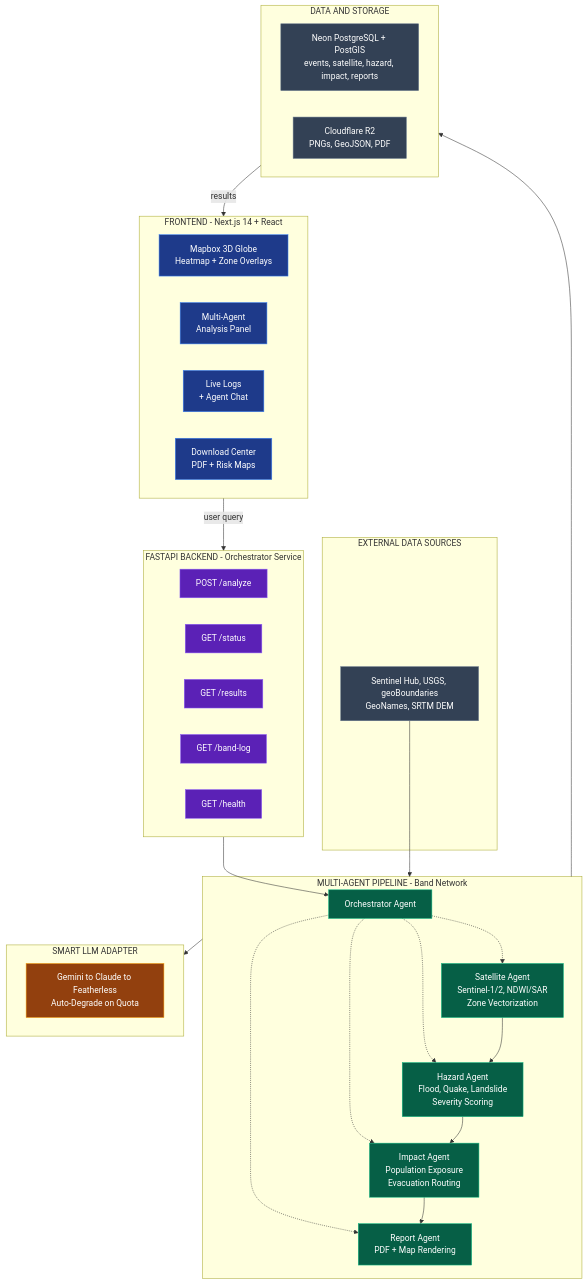
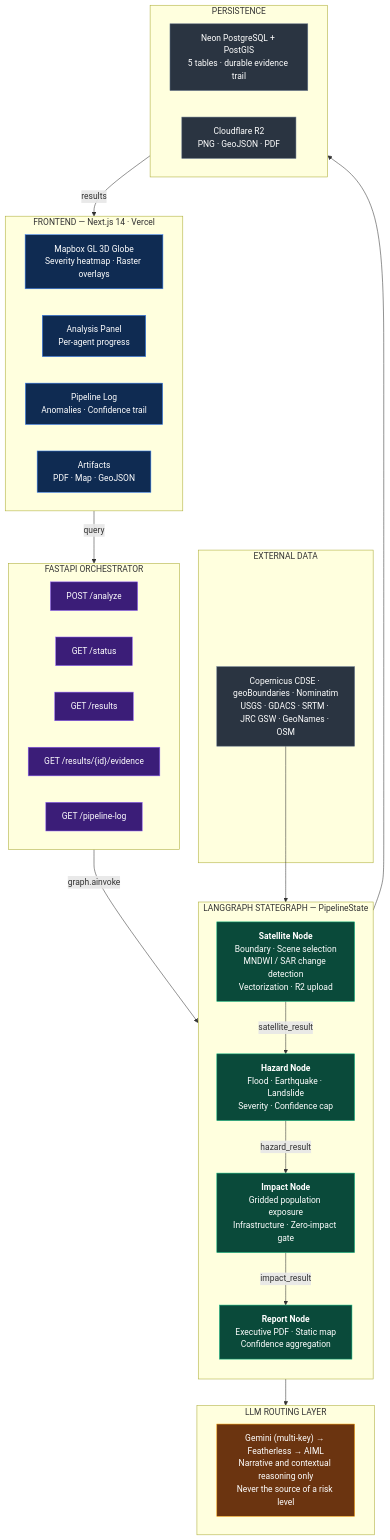
Before and after one commit to kodeezabdullah/hazardmind-ai: the diagram in README.md, drawn with Mermaid. The commit also changed other lines of this file, not shown here.

````diff
--- a/README.md
+++ b/README.md
@@ -69,65 +143,61 @@
 ```mermaid
 flowchart TB
-    subgraph CLIENT["FRONTEND - Next.js 14 + React"]
+    subgraph CLIENT["FRONTEND — Next.js 14 · Vercel"]
         direction LR
-        Globe["Mapbox 3D Globe<br/>Heatmap + Zone Overlays"]
-        Panel["Multi-Agent<br/>Analysis Panel"]
-        Logs["Live Logs<br/>+ Agent Chat"]
-        DL["Download Center<br/>PDF + Risk Maps"]
+        Globe["Mapbox GL 3D Globe<br/>Severity heatmap · Raster overlays"]
+        Panel["Analysis Panel<br/>Per-agent progress"]
+        Logs["Pipeline Log<br/>Anomalies · Confidence trail"]
+        DL["Artifacts<br/>PDF · Map · GeoJSON"]
     end
 
-    subgraph API["FASTAPI BACKEND - Orchestrator Service"]
+    subgraph API["FASTAPI ORCHESTRATOR"]
         direction LR
         E1["POST /analyze"]
         E2["GET /status"]
         E3["GET /results"]
-        E4["GET /band-log"]
-        E5["GET /health"]
+        E4["GET /results/{id}/evidence"]
+        E5["GET /pipeline-log"]
     end
 
-    subgraph AGENTS["MULTI-AGENT PIPELINE - Band Network"]
-        ORCH["Orchestrator Agent"]
-        SAT["Satellite Agent<br/>Sentinel-1/2, NDWI/SAR<br/>Zone Vectorization"]
-        HAZ["Hazard Agent<br/>Flood, Quake, Landslide<br/>Severity Scoring"]
-        IMP["Impact Agent<br/>Population Exposure<br/>Evacuation Routing"]
-        REP["Report Agent<br/>PDF + Map Rendering"]
-        ORCH -.-> SAT
-        ORCH -.-> HAZ
-        ORCH -.-> IMP
-        ORCH -.-> REP
-        SAT --> HAZ
-        HAZ --> IMP
-        IMP --> REP
+    subgraph GRAPH["LANGGRAPH STATEGRAPH — PipelineState"]
+        direction TB
+        SAT["<b>Satellite Node</b><br/>Boundary · Scene selection<br/>MNDWI / SAR change detection<br/>Vectorization · R2 upload"]
+        HAZ["<b>Hazard Node</b><br/>Flood · Earthquake · Landslide<br/>Severity · Confidence cap"]
+        IMP["<b>Impact Node</b><br/>Gridded population exposure<br/>Infrastructure · Zero-impact gate"]
+        REP["<b>Report Node</b><br/>Executive PDF · Static map<br/>Confidence aggregation"]
+        SAT -->|satellite_result| HAZ
+        HAZ -->|hazard_result| IMP
+        IMP -->|impact_result| REP
     end
 
-    subgraph LLM["SMART LLM ADAPTER"]
-        FALL["Gemini to Claude to Featherless<br/>Auto-Degrade on Quota"]
+    subgraph LLM["LLM ROUTING LAYER"]
+        FALL["Gemini (multi-key) → Featherless → AIML<br/>Narrative and contextual reasoning only<br/>Never the source of a risk level"]
     end
 
-    subgraph DATA["DATA AND STORAGE"]
-        DB["Neon PostgreSQL + PostGIS<br/>events, satellite, hazard, impact, reports"]
-        R2["Cloudflare R2<br/>PNGs, GeoJSON, PDF"]
+    subgraph DATA["PERSISTENCE"]
+        DB["Neon PostgreSQL + PostGIS<br/>5 tables · durable evidence trail"]
+        R2["Cloudflare R2<br/>PNG · GeoJSON · PDF"]
     end
 
-    subgraph EXT["EXTERNAL DATA SOURCES"]
-        SRC["Sentinel Hub, USGS, geoBoundaries<br/>GeoNames, SRTM DEM"]
+    subgraph EXT["EXTERNAL DATA"]
+        SRC["Copernicus CDSE · geoBoundaries · Nominatim<br/>USGS · GDACS · SRTM · JRC GSW · GeoNames · OSM"]
     end
 
-    CLIENT -->|user query| API
-    API --> ORCH
-    AGENTS --> LLM
-    AGENTS --> DATA
-    SRC --> AGENTS
+    CLIENT -->|query| API
+    API -->|graph.ainvoke| GRAPH
+    GRAPH --> LLM
+    GRAPH --> DATA
+    SRC --> GRAPH
     DATA -->|results| CLIENT
 
-    classDef client fill:#1e3a8a,stroke:#3b82f6,color:#fff
-    classDef api fill:#5b21b6,stroke:#8b5cf6,color:#fff
-    classDef agent fill:#065f46,stroke:#10b981,color:#fff
-    classDef llm fill:#92400e,stroke:#f59e0b,color:#fff
-    classDef data fill:#334155,stroke:#64748b,color:#fff
+    classDef client fill:#0f2b52,stroke:#3b82f6,color:#fff
+    classDef api fill:#3b1d78,stroke:#8b5cf6,color:#fff
+    classDef agent fill:#0a4a3a,stroke:#10b981,color:#fff
+    classDef llm fill:#6b3410,stroke:#f59e0b,color:#fff
+    classDef data fill:#2a3441,stroke:#64748b,color:#fff
     class Globe,Panel,Logs,DL client
     class E1,E2,E3,E4,E5 api
-    class ORCH,SAT,HAZ,IMP,REP agent
+    class SAT,HAZ,IMP,REP agent
     class FALL llm
     class DB,R2,SRC data
 ```
````
